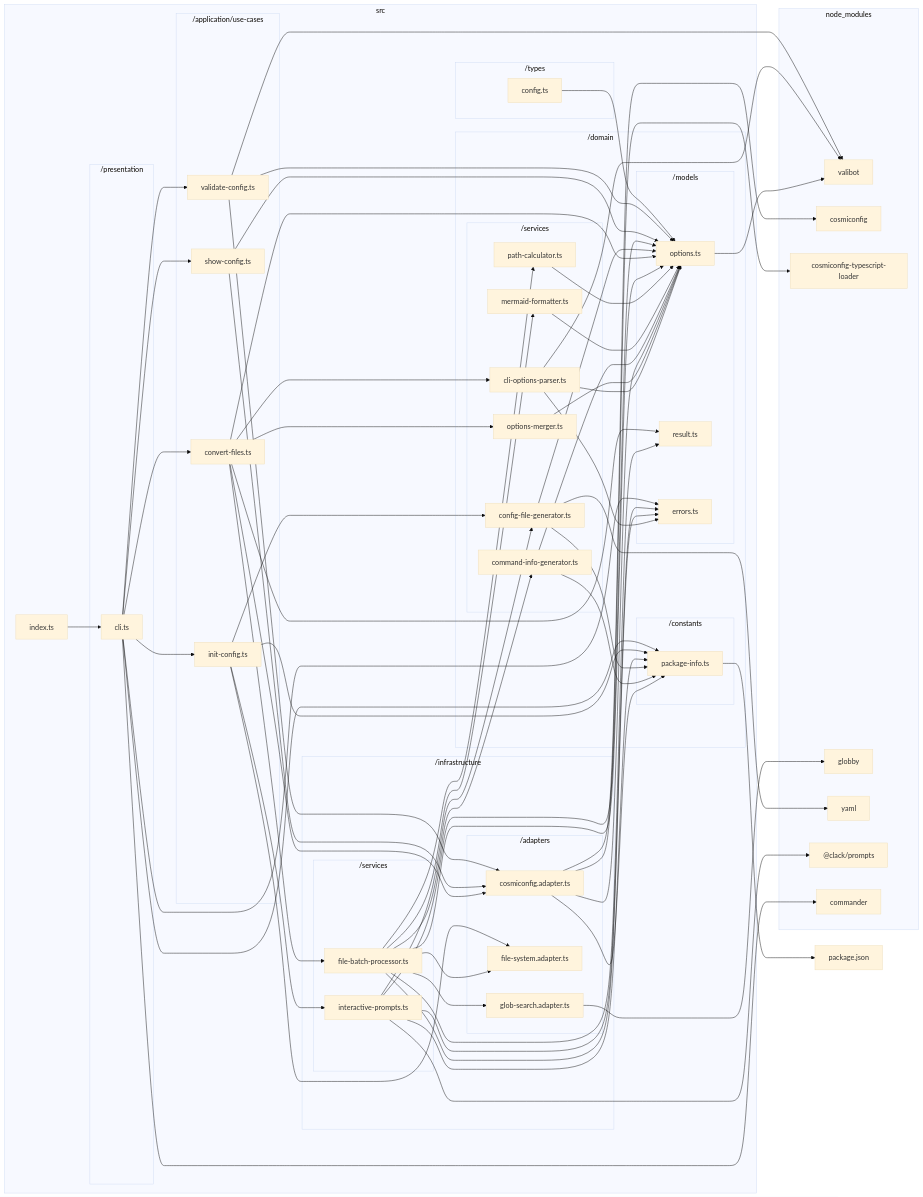
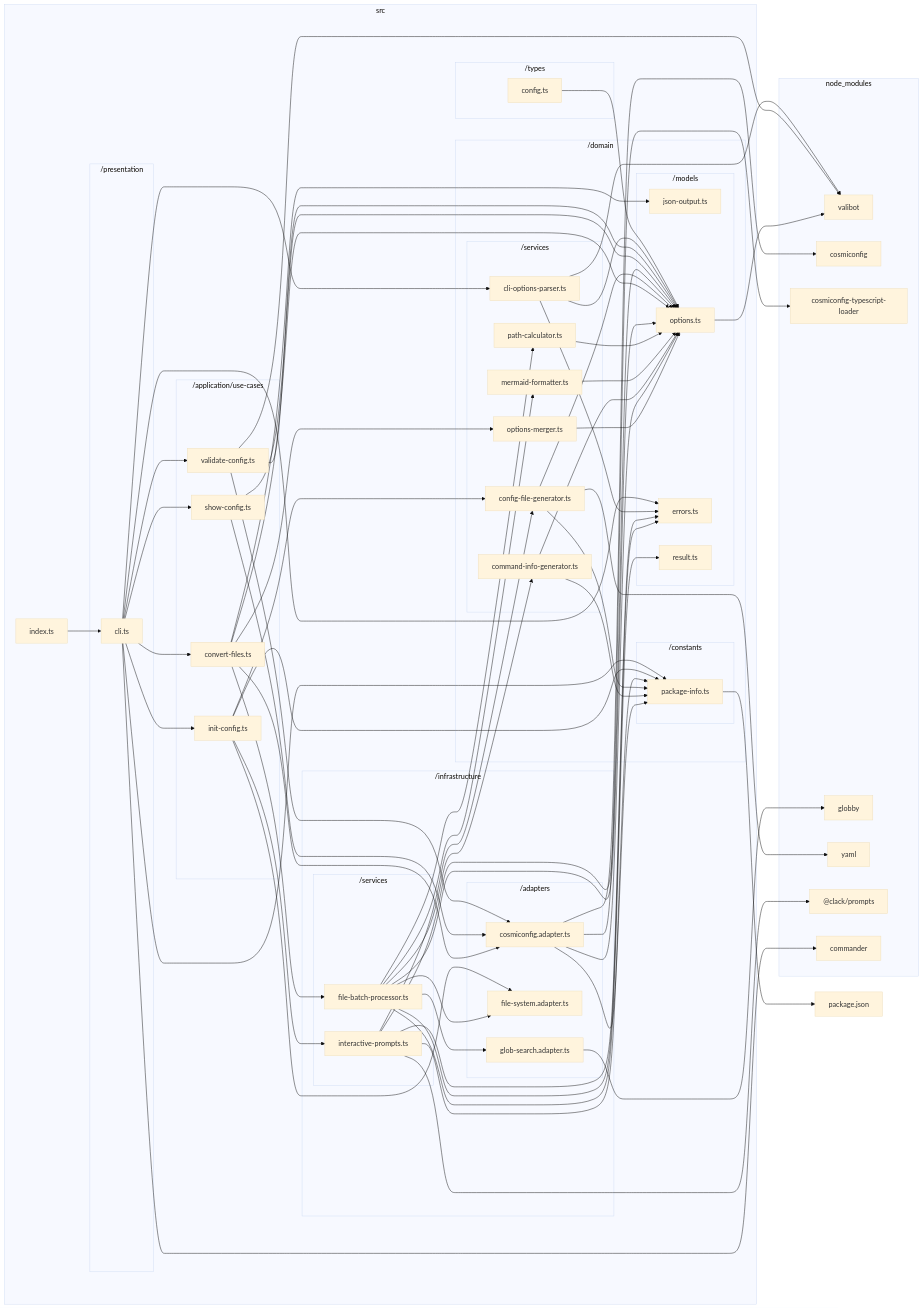
Before and after one commit to sugurutakahashi-1234/mermaid-markdown-wrap: the diagram in docs/reports/dependencies/deps-graph.md, drawn with Mermaid (base theme). The commit also changed 23 other files, not shown here.

````diff
--- a/docs/reports/dependencies/deps-graph.md
+++ b/docs/reports/dependencies/deps-graph.md
@@ -10,17 +10,18 @@
         src/index.ts["index.ts"]
         subgraph src/domain["/domain"]
             subgraph src/domain/models["/models"]
+                src/domain/models/json//output.ts["json-output.ts"]
                 src/domain/models/options.ts["options.ts"]
+                src/domain/models/errors.ts["errors.ts"]
                 src/domain/models/result.ts["result.ts"]
-                src/domain/models/errors.ts["errors.ts"]
             end
             subgraph src/domain/services["/services"]
-                src/domain/services/cli//options//parser.ts["cli-options-parser.ts"]
                 src/domain/services/options//merger.ts["options-merger.ts"]
                 src/domain/services/command//info//generator.ts["command-info-generator.ts"]
                 src/domain/services/mermaid//formatter.ts["mermaid-formatter.ts"]
                 src/domain/services/path//calculator.ts["path-calculator.ts"]
                 src/domain/services/config//file//generator.ts["config-file-generator.ts"]
+                src/domain/services/cli//options//parser.ts["cli-options-parser.ts"]
             end
             subgraph src/domain/constants["/constants"]
                 src/domain/constants/package//info.ts["package-info.ts"]
@@ -60,9 +61,6 @@
         node//modules/commander/typings/index.d.ts["commander"]
     end
     src/domain/models/options.ts-->node//modules/valibot/dist/index.d.cts
-    src/domain/services/cli//options//parser.ts-->node//modules/valibot/dist/index.d.cts
-    src/domain/services/cli//options//parser.ts-->src/domain/models/errors.ts
-    src/domain/services/cli//options//parser.ts-->src/domain/models/options.ts
     src/domain/services/options//merger.ts-->src/domain/models/options.ts
     src/domain/constants/package//info.ts-->package.json
     src/infrastructure/adapters/cosmiconfig.adapter.ts-->node//modules/cosmiconfig/dist/index.d.ts
@@ -82,9 +80,8 @@
     src/infrastructure/services/file//batch//processor.ts-->src/domain/services/path//calculator.ts
     src/infrastructure/services/file//batch//processor.ts-->src/infrastructure/adapters/file//system.adapter.ts
     src/infrastructure/services/file//batch//processor.ts-->src/infrastructure/adapters/glob//search.adapter.ts
+    src/application/use//cases/convert//files.ts-->src/domain/models/json//output.ts
     src/application/use//cases/convert//files.ts-->src/domain/models/options.ts
-    src/application/use//cases/convert//files.ts-->src/domain/models/result.ts
-    src/application/use//cases/convert//files.ts-->src/domain/services/cli//options//parser.ts
     src/application/use//cases/convert//files.ts-->src/domain/services/options//merger.ts
     src/application/use//cases/convert//files.ts-->src/infrastructure/adapters/cosmiconfig.adapter.ts
     src/application/use//cases/convert//files.ts-->src/infrastructure/services/file//batch//processor.ts
@@ -105,6 +102,9 @@
     src/application/use//cases/validate//config.ts-->node//modules/valibot/dist/index.d.cts
     src/application/use//cases/validate//config.ts-->src/domain/models/options.ts
     src/application/use//cases/validate//config.ts-->src/infrastructure/adapters/cosmiconfig.adapter.ts
+    src/domain/services/cli//options//parser.ts-->node//modules/valibot/dist/index.d.cts
+    src/domain/services/cli//options//parser.ts-->src/domain/models/errors.ts
+    src/domain/services/cli//options//parser.ts-->src/domain/models/options.ts
     src/presentation/cli.ts-->node//modules/commander/typings/index.d.ts
     src/presentation/cli.ts-->src/application/use//cases/convert//files.ts
     src/presentation/cli.ts-->src/application/use//cases/init//config.ts
@@ -112,6 +112,7 @@
     src/presentation/cli.ts-->src/application/use//cases/validate//config.ts
     src/presentation/cli.ts-->src/domain/constants/package//info.ts
     src/presentation/cli.ts-->src/domain/models/errors.ts
+    src/presentation/cli.ts-->src/domain/services/cli//options//parser.ts
     src/index.ts-->src/presentation/cli.ts
     src/types/config.ts-->src/domain/models/options.ts
 ```
````
